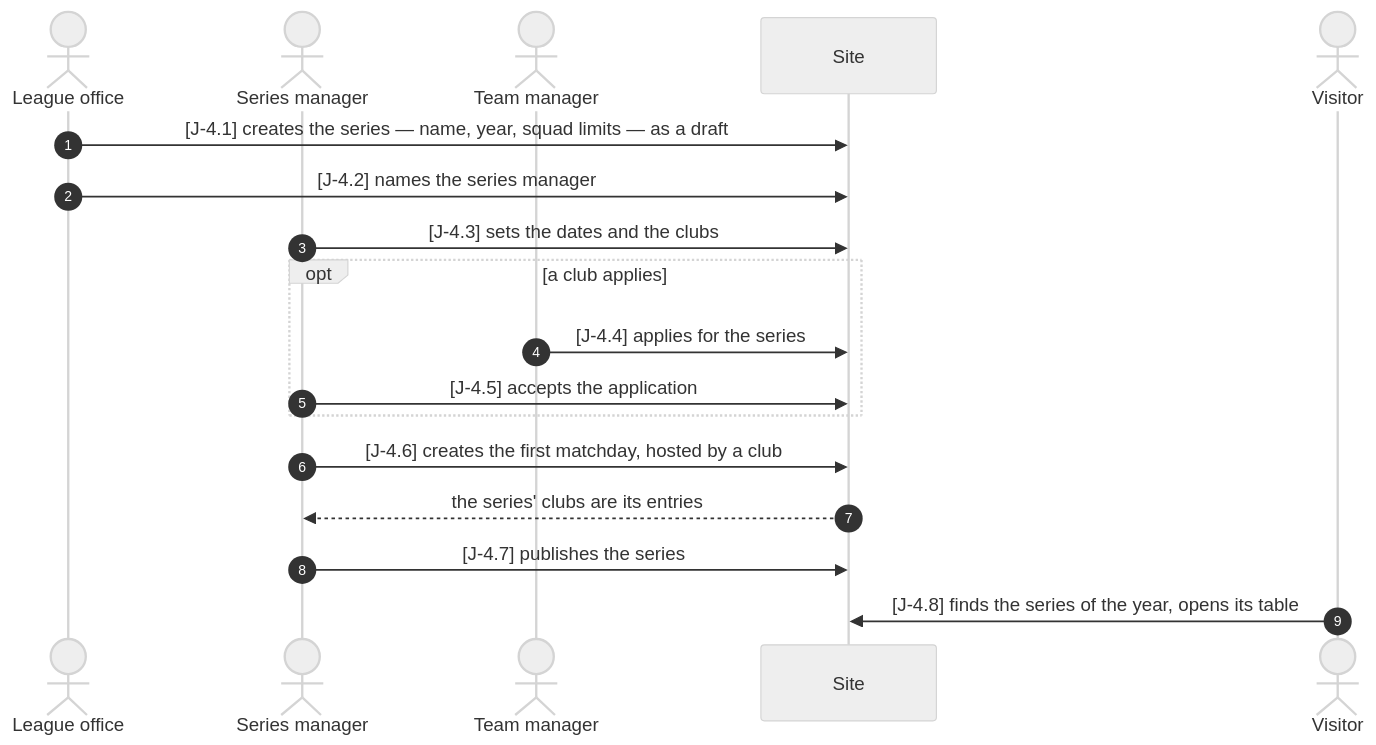
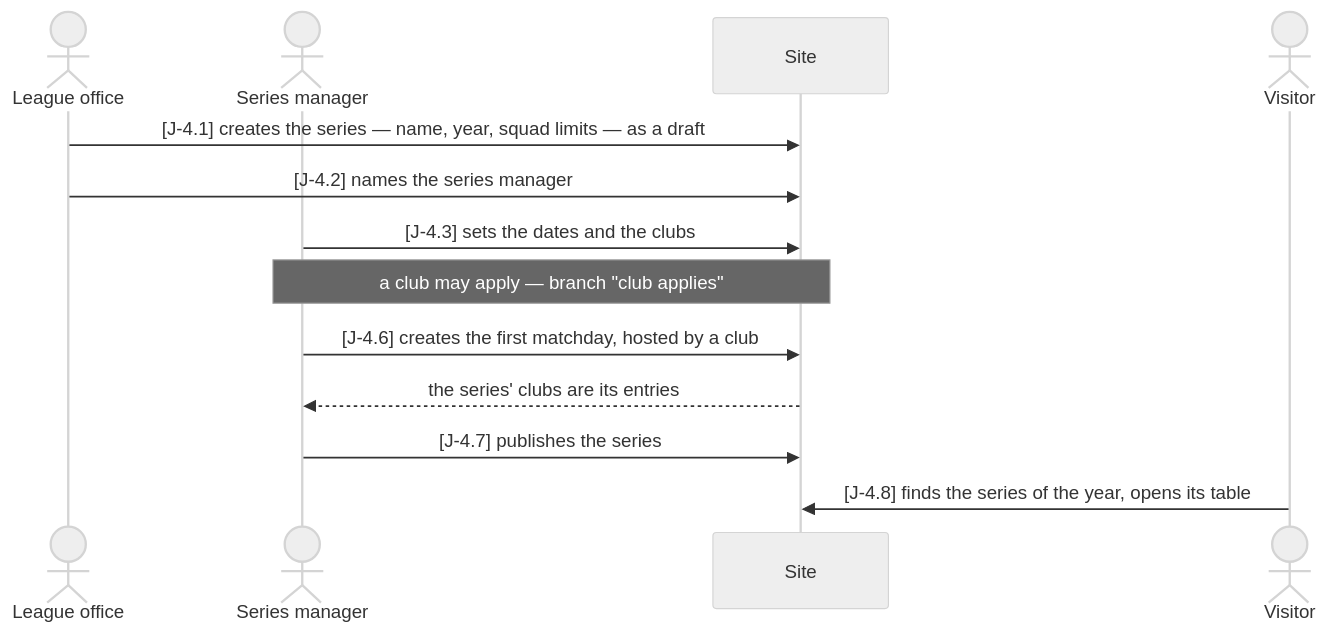
Before and after one commit to gundramleifert/segel-bundesliga: the first of 2 diagrams in docs/journeys/series.md, drawn with Mermaid (neutral theme). The commit also changed other lines of this file and 10 other files, not shown here.

First line of the commit message:
Journeys: one diagram per way through, never an opt/alt block

````diff
--- a/docs/journeys/series.md
+++ b/docs/journeys/series.md
@@ -13,21 +15,16 @@
 ```mermaid
 sequenceDiagram
-  autonumber
   actor A as League office
   actor SM as Series manager
-  actor TM as Team manager
   participant P as Site
   actor V as Visitor
 
   A->>P: [J-4.1] creates the series — name, year, squad limits — as a draft
   A->>P: [J-4.2] names the series manager
   SM->>P: [J-4.3] sets the dates and the clubs
-  opt a club applies
-    TM->>P: [J-4.4] applies for the series
-    SM->>P: [J-4.5] accepts the application
-  end
+  Note over SM,P: a club may apply — branch "club applies"
   SM->>P: [J-4.6] creates the first matchday, hosted by a club
   P-->>SM: the series' clubs are its entries
   SM->>P: [J-4.7] publishes the series
   V->>P: [J-4.8] finds the series of the year, opens its table
 ```
````
